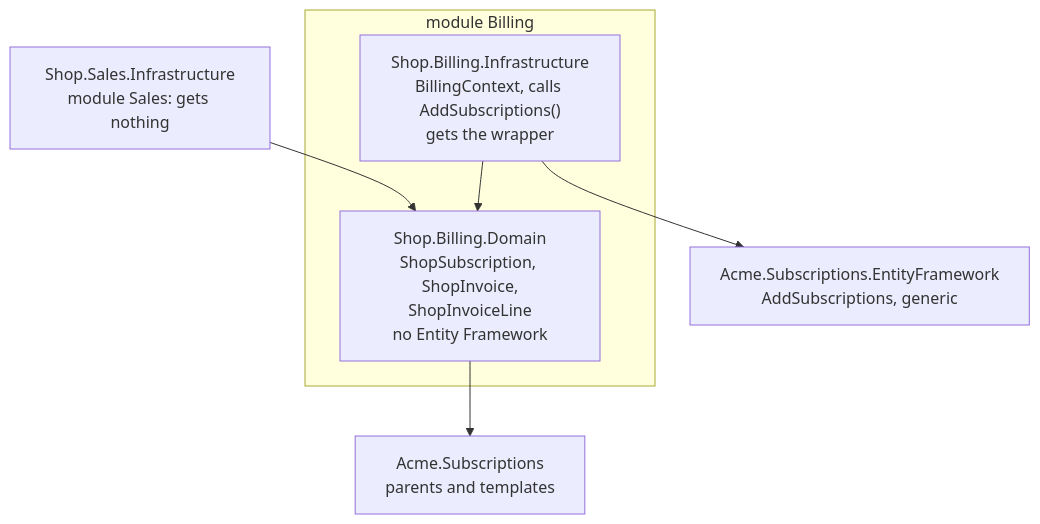
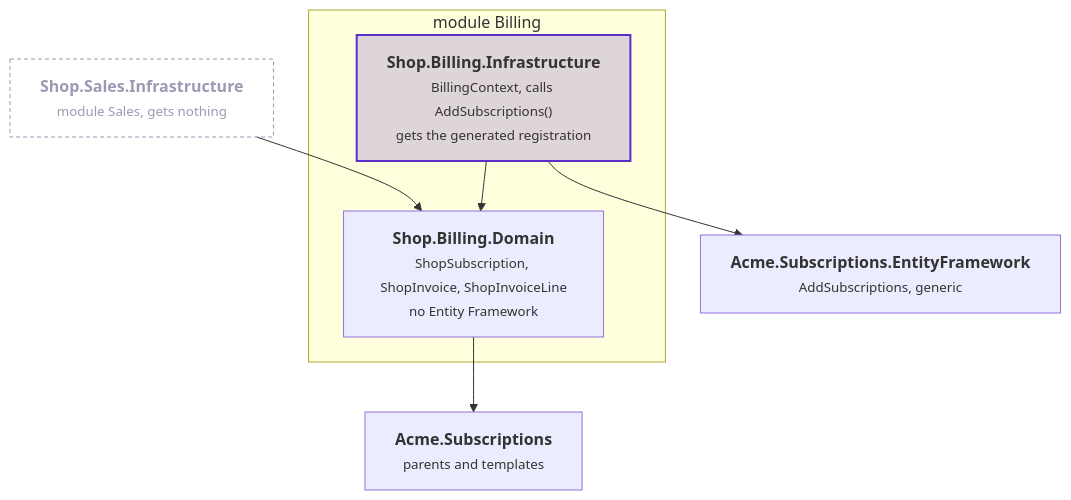
One commit to DylanSnel/DDDToolkit changed the fifth of 6 diagrams in docs/writing-a-supporting-domain.md. Above: the diagram before and after it, drawn with Mermaid. The commit also changed other lines of this file and 41 other files, not shown here.

First line of the commit message:
Docs: plain prose, one word per concept, and readable diagrams on every page

````diff
--- a/docs/writing-a-supporting-domain.md
+++ b/docs/writing-a-supporting-domain.md
@@ -758,9 +814,13 @@
 ```mermaid
 flowchart TB
     subgraph billing ["module Billing"]
-        Infrastructure["Shop.Billing.Infrastructure<br/>BillingContext, calls AddSubscriptions()<br/>gets the wrapper"] --> Domain["Shop.Billing.Domain<br/>ShopSubscription, ShopInvoice,<br/>ShopInvoiceLine<br/>no Entity Framework"]
+        infrastructure["<b>Shop.Billing.Infrastructure</b><br/><small>BillingContext, calls AddSubscriptions()<br/>gets the generated registration</small>"] --> domain["<b>Shop.Billing.Domain</b><br/><small>ShopSubscription, ShopInvoice, ShopInvoiceLine<br/>no Entity Framework</small>"]
     end
-    Infrastructure --> Storage["Acme.Subscriptions.EntityFramework<br/>AddSubscriptions, generic"]
-    Domain --> Package["Acme.Subscriptions<br/>parents and templates"]
-    Other["Shop.Sales.Infrastructure<br/>module Sales: gets nothing"] --> Domain
+    infrastructure --> storage["<b>Acme.Subscriptions.EntityFramework</b><br/><small>AddSubscriptions, generic</small>"]
+    domain --> package["<b>Acme.Subscriptions</b><br/><small>parents and templates</small>"]
+    other["<b>Shop.Sales.Infrastructure</b><br/><small>module Sales, gets nothing</small>"] --> domain
+    classDef strong fill:#5b2ec933,stroke:#5b2ec9,stroke-width:2px
+    classDef muted fill:none,stroke:#9a9ab5,stroke-dasharray:4 3,color:#9a9ab5
+    class infrastructure strong
+    class other muted
 ```
````
